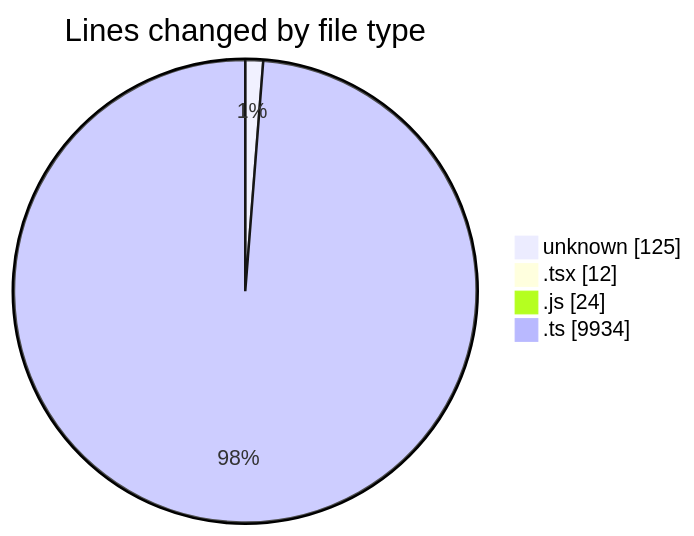
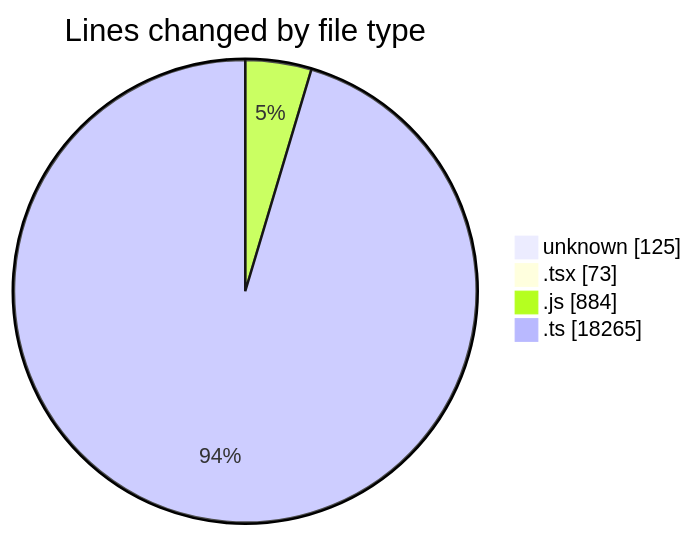
Before and after one commit to momahboobian/code-tracking: the first of 2 diagrams in 2026-09-15/cda/README.md, drawn with Mermaid. The commit also changed other lines of this file and 1 other file, not shown here.

````diff
--- a/2026-09-15/cda/README.md
+++ b/2026-09-15/cda/README.md
@@ -24,8 +30,8 @@
 ```mermaid
 pie showData
 title Lines changed by file type
 "unknown" : 125
-".tsx" : 12
-".js" : 24
-".ts" : 9934
+".tsx" : 73
+".js" : 884
+".ts" : 18265
 ```
````
